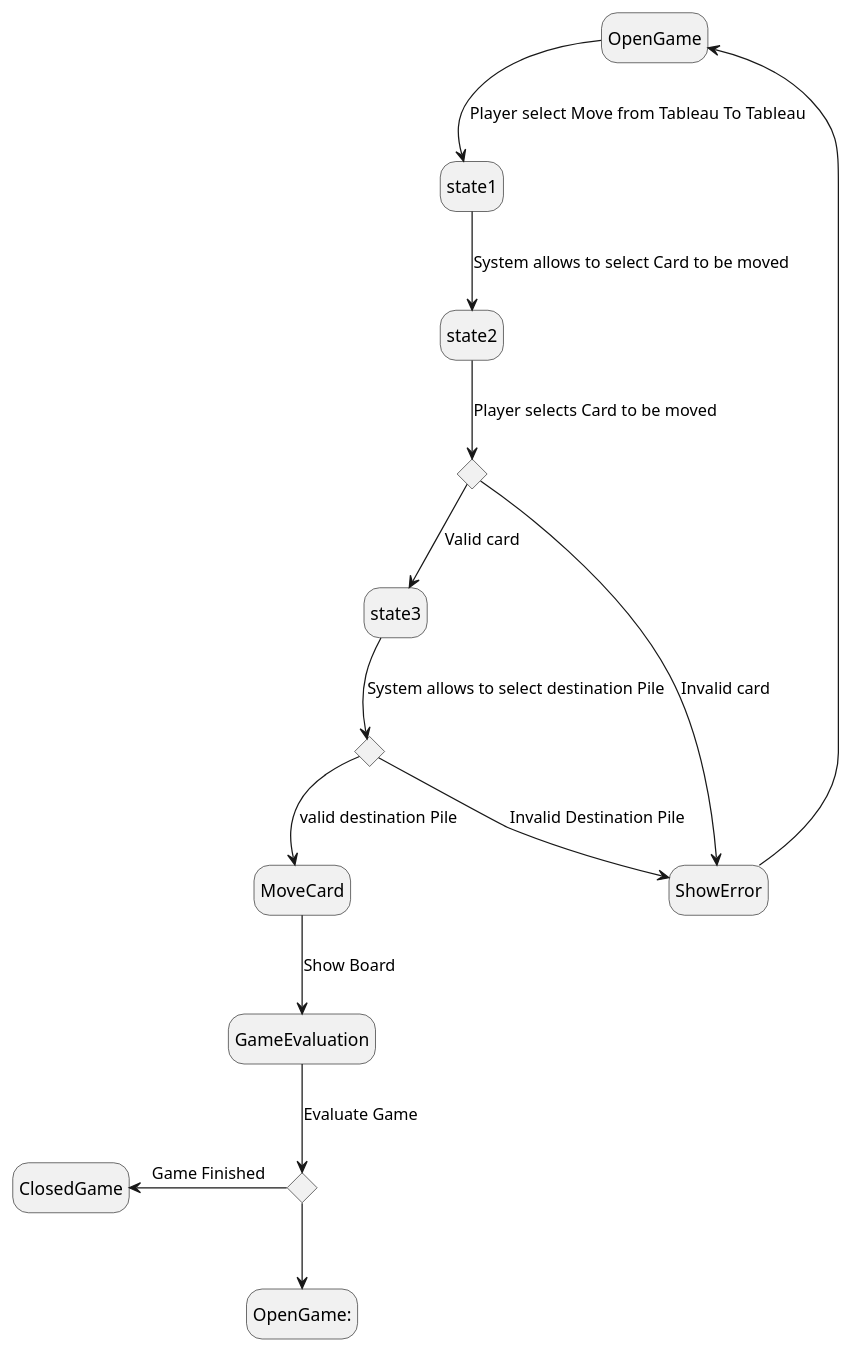
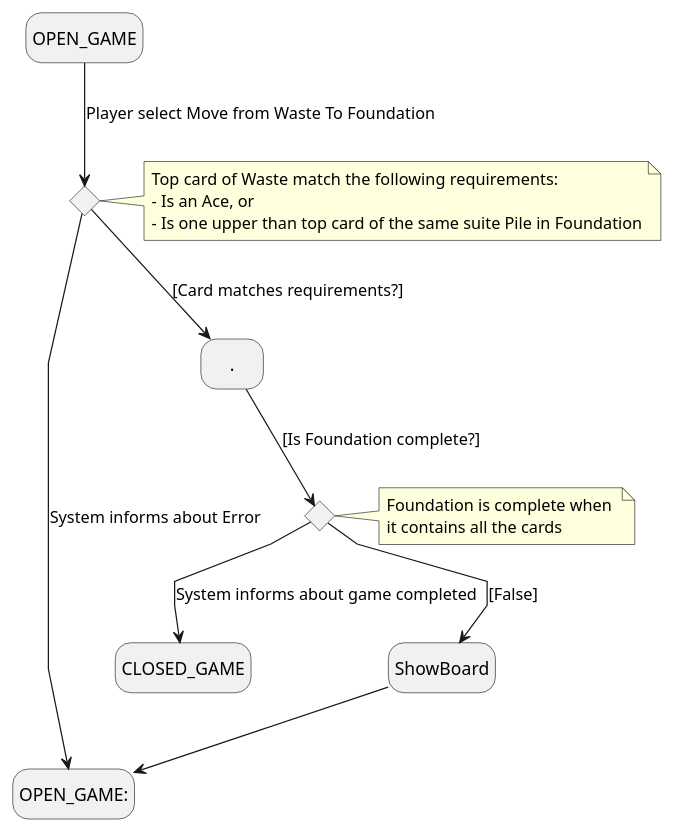
The fifth of 15 diagrams in docs/UseCases.plantuml (Troteaga/klondike), drawn with PlantUML before and after one commit.

```diff
--- a/docs/UseCases.plantuml
+++ b/docs/UseCases.plantuml
@@ -48,24 +48,31 @@
 @startuml Player Moves Card From Waste to Foundation
 
 hide empty description 
-state c <<choice>>
-state d <<choice>>
-state e <<choice>>
+skinparam linetype polyline
 
-state "OpenGame" as 0
+state "OPEN_GAME" as 0
+state "OPEN_GAME:" as final1
+state c <<choice>> 
+state d <<choice>> 
+state "." as B
 
-0 -down-> state1 : Player select Move from Tableau To Tableau
-state1 -down-> state2 : System allows to select Card to be moved
-state2 -down-> c : Player selects Card to be moved
-c --> ShowError : Invalid card
-c --> state3 : Valid card
-state3 --> d : System allows to select destination Pile
-d --> ShowError : Invalid Destination Pile
-ShowError -up-> 0
-d --> MoveCard : valid destination Pile
-MoveCard --> GameEvaluation : Show Board
-GameEvaluation --> e : Evaluate Game 
-e -left-> ClosedGame : Game Finished
-e --> OpenGame: 
+note right of c
+  Top card of Waste match the following requirements:
+  - Is an Ace, or
+  - Is one upper than top card of the same suite Pile in Foundation
+end note
+
+note right of d
+  Foundation is complete when 
+  it contains all the cards
+end note
+
+0 -down-> c : Player select Move from Waste To Foundation
+c -down-> B : [Card matches requirements?]
+B -down-> d : [Is Foundation complete?]
+d --> CLOSED_GAME : System informs about game completed
+d -down-> ShowBoard : [False]
+c -right-> final1 : System informs about Error
+ShowBoard -down-> final1
 
 @enduml
```
